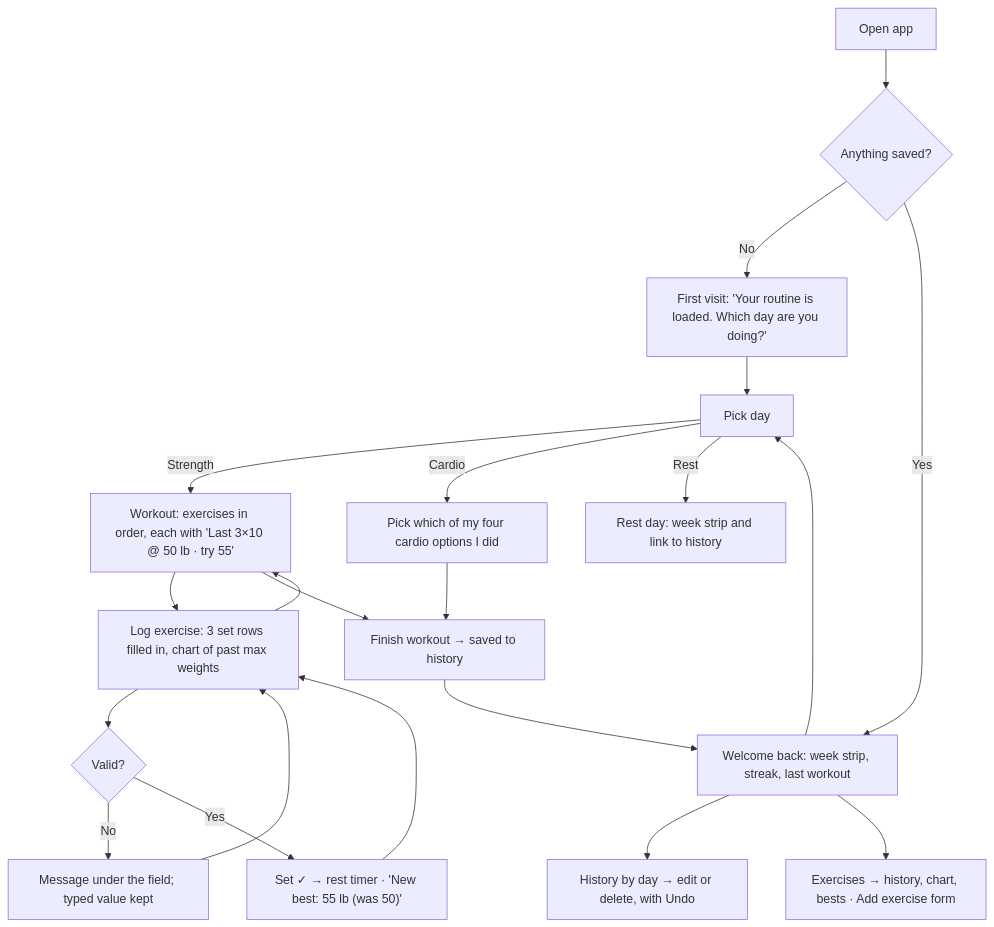
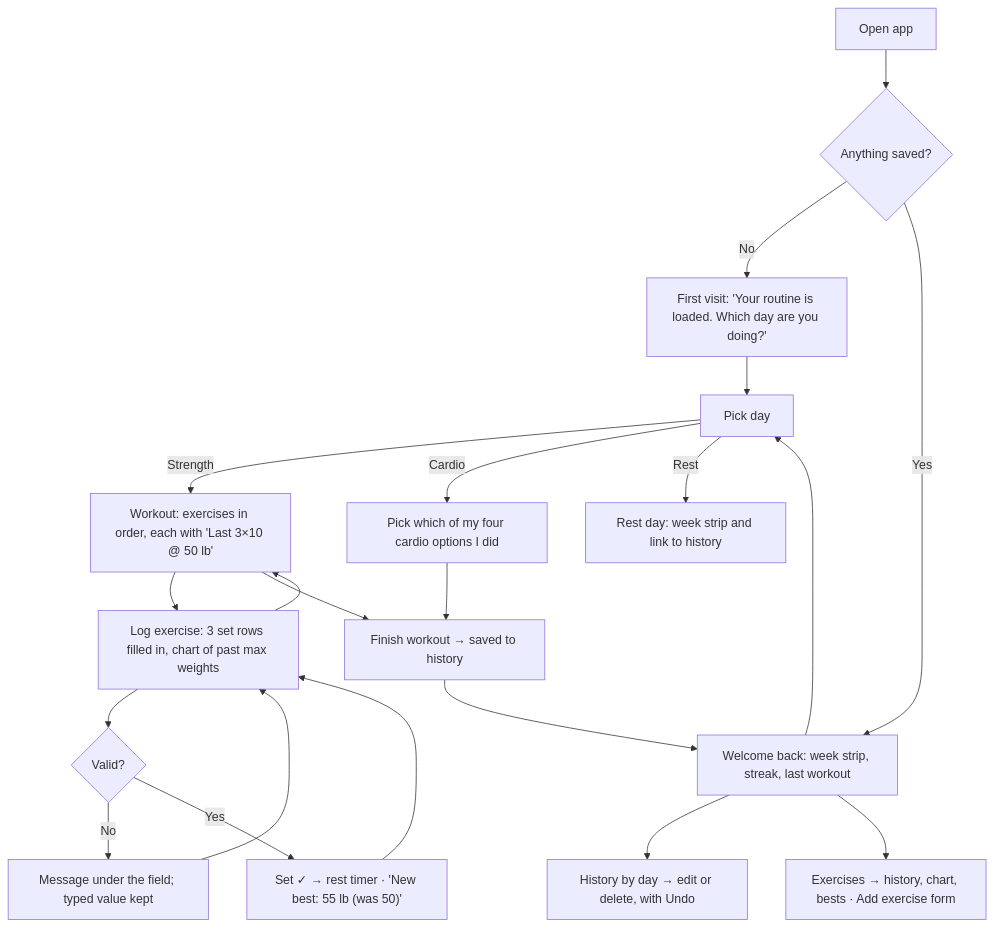
One commit to basunikita/assignment-3-51238-basunikita changed the diagram in README.md. Above: the diagram before and after it, drawn with Mermaid. The commit also changed other lines of this file and 9 other files, not shown here.

````diff
--- a/README.md
+++ b/README.md
@@ -19,21 +19,21 @@
 ```mermaid
 flowchart TD
   A[Open app] --> B{Anything saved?}
   B -- No --> C["First visit: 'Your routine is loaded. Which day are you doing?'"]
   B -- Yes --> D["Welcome back: week strip, streak, last workout"]
   C --> E[Pick day]
   D --> E
-  E -- Strength --> F["Workout: exercises in order, each with 'Last 3×10 @ 50 lb · try 55'"]
+  E -- Strength --> F["Workout: exercises in order, each with 'Last 3×10 @ 50 lb'"]
   E -- Cardio --> G["Pick which of my four cardio options I did"] --> S
   E -- Rest --> R["Rest day: week strip and link to history"]
   F --> H["Log exercise: 3 set rows filled in, chart of past max weights"]
   H --> I{Valid?}
   I -- No --> J["Message under the field; typed value kept"] --> H
   I -- Yes --> K["Set ✓ → rest timer · 'New best: 55 lb (was 50)'"]
   K --> H
   H --> F
   F --> S["Finish workout → saved to history"]
   S --> D
   D --> T["History by day → edit or delete, with Undo"]
   D --> U["Exercises → history, chart, bests · Add exercise form"]
 ```
````
